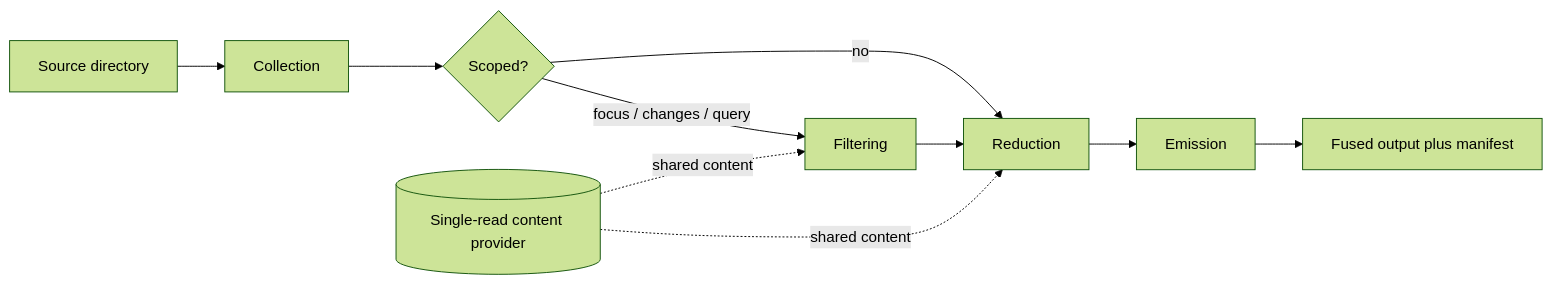
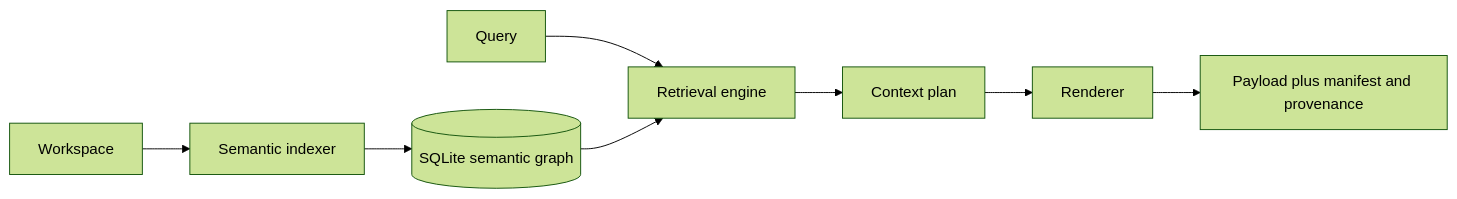
Before and after one commit to Litenova-Solutions/Fuse: the diagram in site/content/docs/internals/pipeline.mdx, drawn with Mermaid (forest theme). The commit also changed other lines of this file and 1 other file, not shown here.

Commit message:
P10.2: rewrite internals pipeline + scoping (retrieval) pages to the V3 model

````diff
--- a/site/content/docs/internals/pipeline.mdx
+++ b/site/content/docs/internals/pipeline.mdx
@@ -47,14 +41,10 @@
 ```mermaid
 flowchart LR
-    A[Source directory] --> B[Collection]
-    B --> C{Scoped?}
-    C -->|no| E[Reduction]
-    C -->|focus / changes / query| D[Filtering]
-    D --> E
-    E --> F[Emission]
-    F --> G[Fused output plus manifest]
-
-    P[(Single-read content provider)]
-    P -.shared content.-> D
-    P -.shared content.-> E
+    W[Workspace] --> I[Semantic indexer]
+    I --> S[(SQLite semantic graph)]
+    Q[Query] --> R[Retrieval engine]
+    S --> R
+    R --> P[Context plan]
+    P --> E[Renderer]
+    E --> O[Payload plus manifest and provenance]
 ```
````
